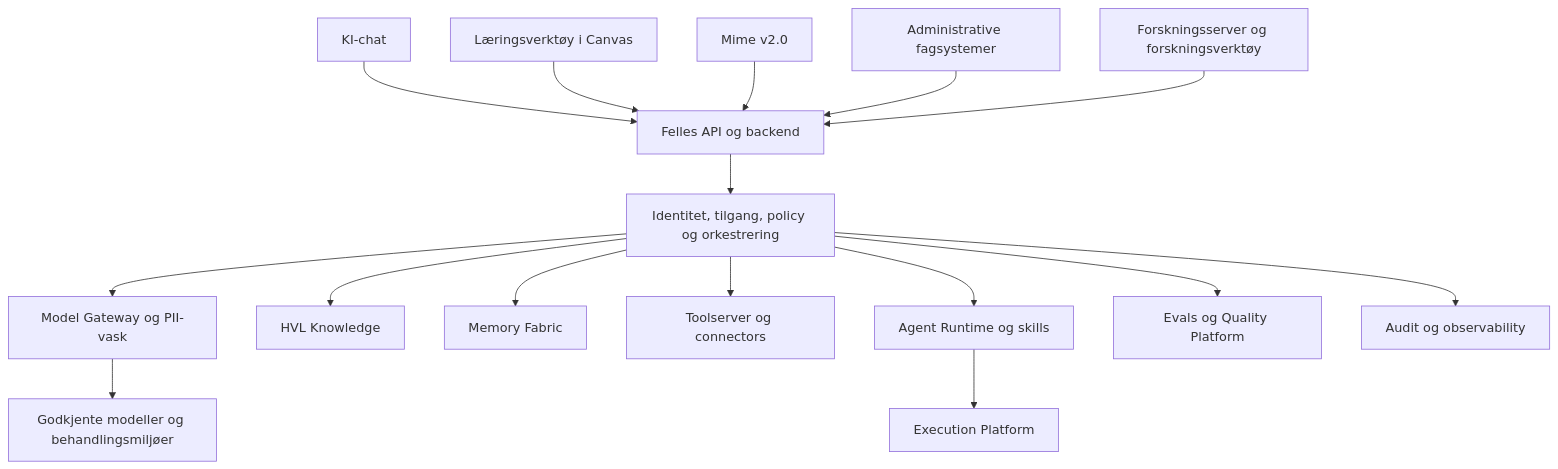
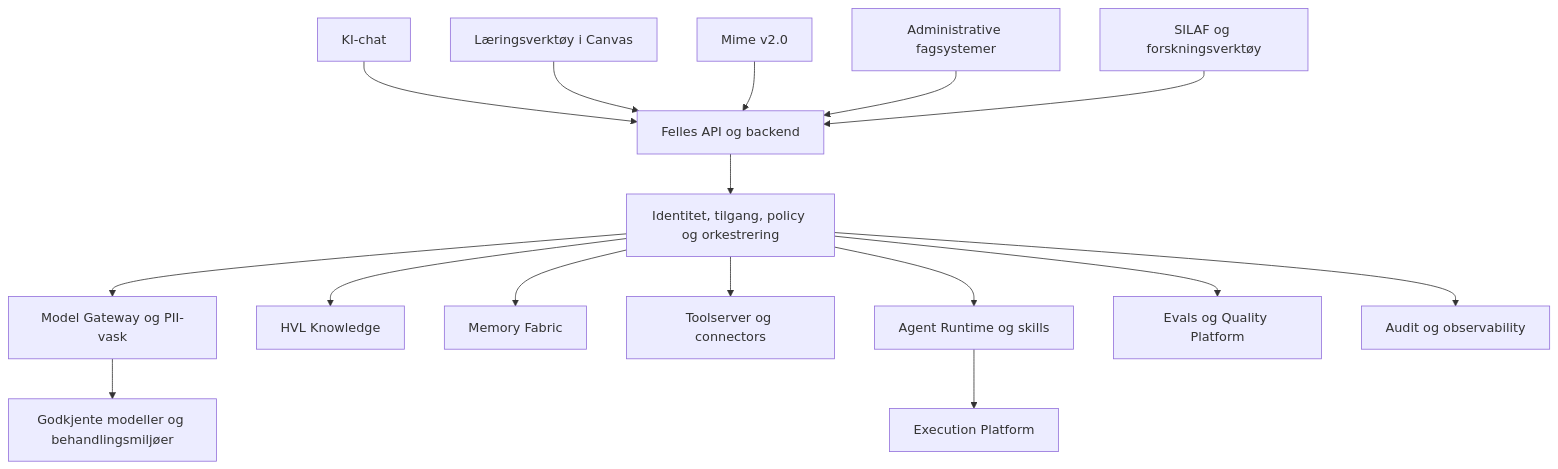
The diagram in docs/interessenter/skreddersydde-tjenester.mdx (IvarRosenbergHVL/hvl-ki-documentation), drawn with Mermaid before and after one commit. The commit also changed other lines of this file and 3 other files, not shown here.

````diff
--- a/docs/interessenter/skreddersydde-tjenester.mdx
+++ b/docs/interessenter/skreddersydde-tjenester.mdx
@@ -12,18 +12,18 @@
 ```mermaid
 flowchart TD
  C[KI-chat] --> B[Felles API og backend]
  L[Læringsverktøy i Canvas] --> B
  M[Mime v2.0] --> B
  A[Administrative fagsystemer] --> B
- R[Forskningsserver og forskningsverktøy] --> B
+ R[SILAF og forskningsverktøy] --> B
  B --> P[Identitet, tilgang, policy og orkestrering]
  P --> G[Model Gateway og PII-vask]
  P --> K[HVL Knowledge]
  P --> F[Memory Fabric]
  P --> T[Toolserver og connectors]
  P --> W[Agent Runtime og skills]
  P --> E[Evals og Quality Platform]
  P --> A1[Audit og observability]
  W --> X[Execution Platform]
  G --> H[Godkjente modeller og behandlingsmiljøer]
 ```
````
